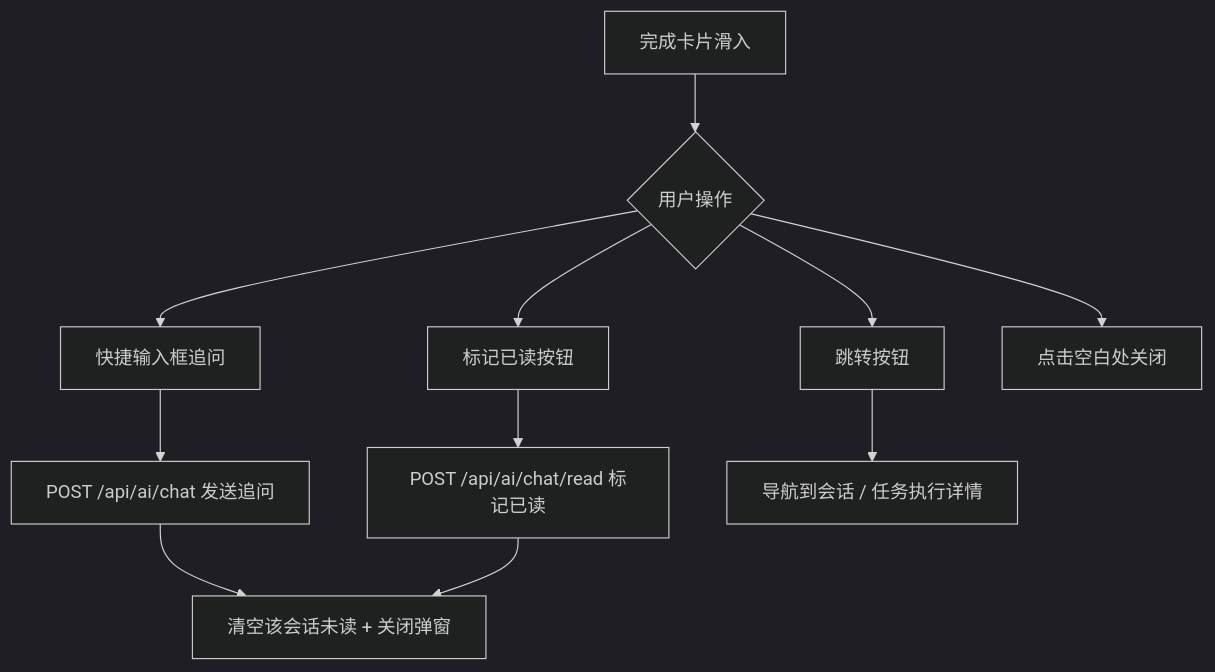
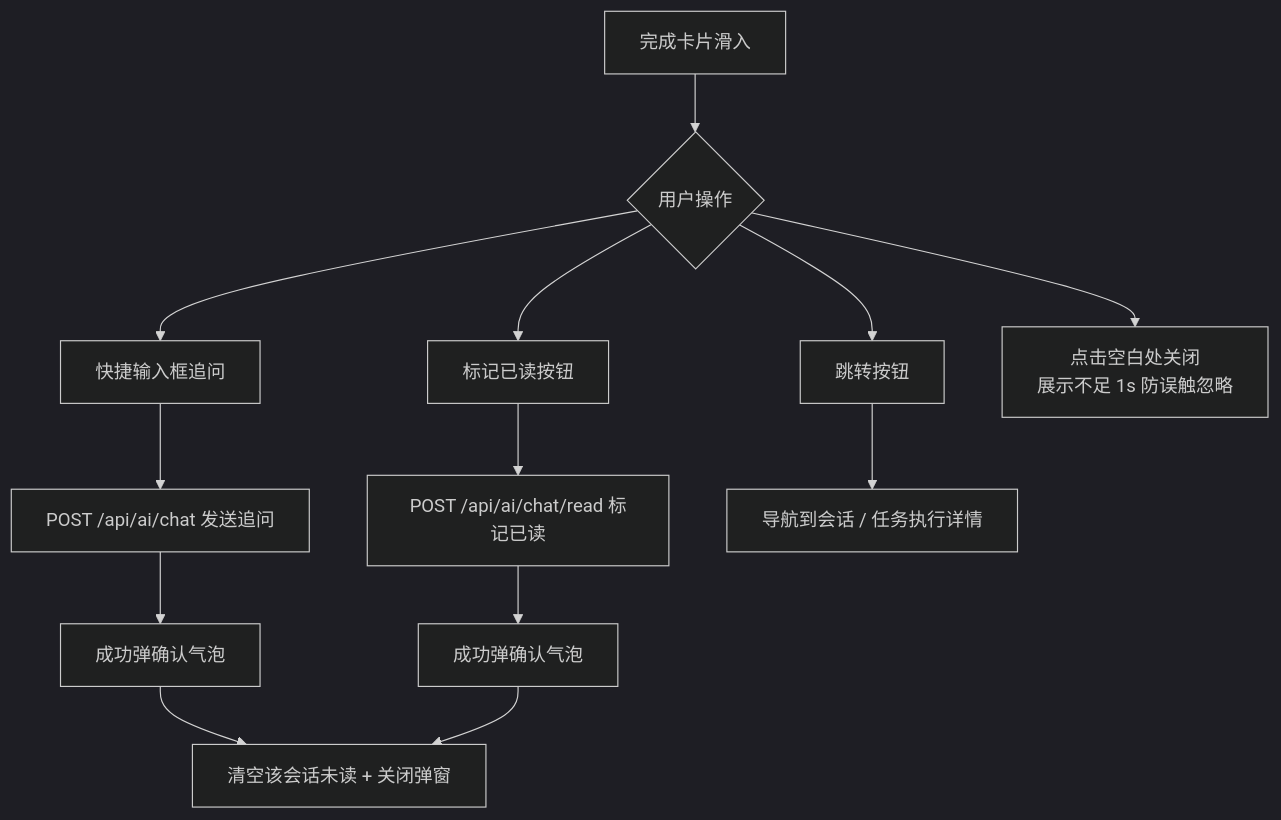
Before and after one commit to 0REZ/clawbench: the second of 2 diagrams in docs/spec/features/completion-popup.md, drawn with Mermaid (dark theme). The commit also changed other lines of this file and 10 other files, not shown here.

````diff
--- a/docs/spec/features/completion-popup.md
+++ b/docs/spec/features/completion-popup.md
@@ -30,13 +30,15 @@
 ```mermaid
 flowchart TD
     A[完成卡片滑入] --> B{用户操作}
     B --> C[快捷输入框追问]
     B --> D[标记已读按钮]
     B --> E[跳转按钮]
-    B --> F[点击空白处关闭]
+    B --> F[点击空白处关闭<br/>展示不足 1s 防误触忽略]
     C --> G[POST /api/ai/chat 发送追问]
-    G --> H[清空该会话未读 + 关闭弹窗]
-    D --> I[POST /api/ai/chat/read 标记已读]
-    I --> H
-    E --> J[导航到会话 / 任务执行详情]
+    G --> H[成功弹确认气泡]
+    H --> I[清空该会话未读 + 关闭弹窗]
+    D --> J[POST /api/ai/chat/read 标记已读]
+    J --> K[成功弹确认气泡]
+    K --> I
+    E --> L[导航到会话 / 任务执行详情]
 ```
````
